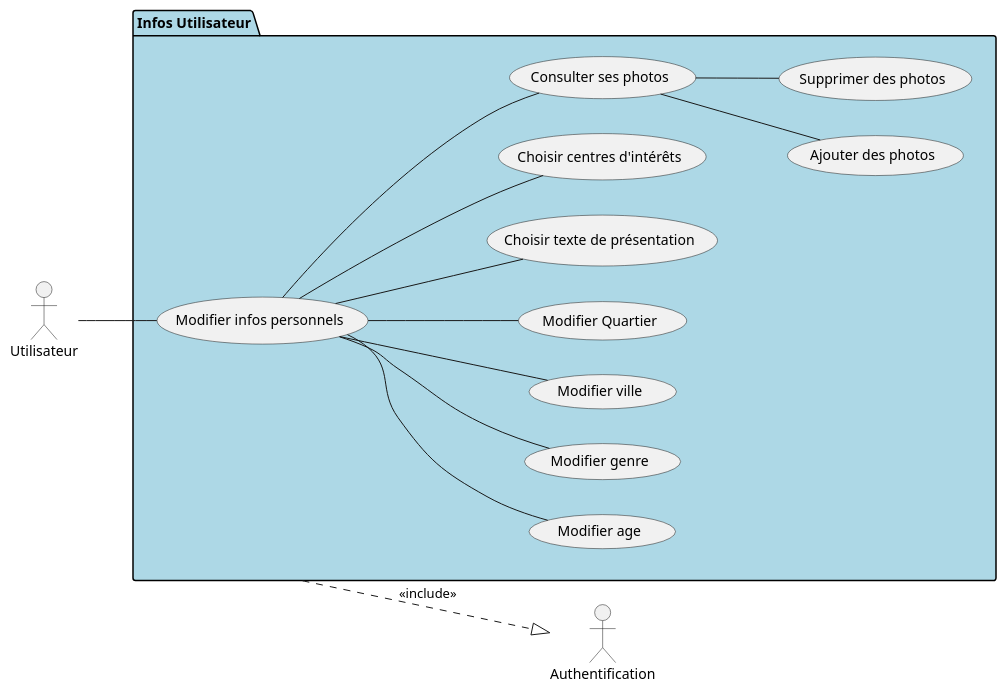
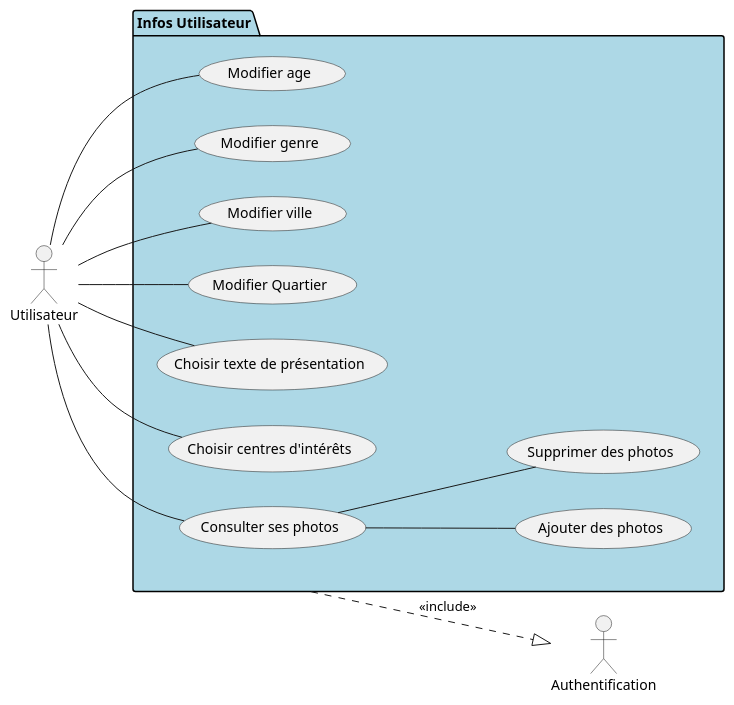
Before and after one commit to MinaroliCorentin/PSO: the diagram in src/Projet_Tinder_Cas_Utilisation_Infos_Utilisateur.puml, drawn with PlantUML. The commit also changed 6 other files, not shown here.

```diff
--- a/src/Projet_Tinder_Cas_Utilisation_Infos_Utilisateur.puml
+++ b/src/Projet_Tinder_Cas_Utilisation_Infos_Utilisateur.puml
@@ -1,38 +1,35 @@
 @startuml
 left to right direction
 
 'Acteurs'
 actor Utilisateur
 actor "Authentification"
 
 package "Infos Utilisateur" #LightBlue {
 
-    usecase "Modifier infos personnels" as modif_Infos
     usecase "Modifier age" as modif_Age
     usecase "Modifier genre" as modif_Genre
     usecase "Modifier ville" as modif_Ville
     usecase "Modifier Quartier" as modif_Quartier
     usecase "Choisir texte de présentation" as modif_Texte_Presentation
     usecase "Choisir centres d'intérêts" as modif_Centre_Interets
     usecase "Consulter ses photos" as modif_Consultation
     usecase "Ajouter des photos" as modif_Ajouter_Photos
     usecase "Supprimer des photos" as modif_Supprimer_Photos
 
-    Utilisateur -- modif_Infos
-
-    modif_Infos -- modif_Genre
-    modif_Infos -- modif_Age
-    modif_Infos -- modif_Ville
-    modif_Infos -- modif_Quartier
-    modif_Infos -- modif_Texte_Presentation
-    modif_Infos -- modif_Centre_Interets
-    modif_Infos -- modif_Consultation
+    Utilisateur -- modif_Genre
+    Utilisateur -- modif_Age
+    Utilisateur -- modif_Ville
+    Utilisateur -- modif_Quartier
+    Utilisateur -- modif_Texte_Presentation
+    Utilisateur -- modif_Centre_Interets
+    Utilisateur -- modif_Consultation
 
     modif_Consultation -- modif_Ajouter_Photos
     modif_Consultation -- modif_Supprimer_Photos
 
 }
 
     "Infos Utilisateur" ..|> Authentification : <<include>>
 
 @enduml
```
